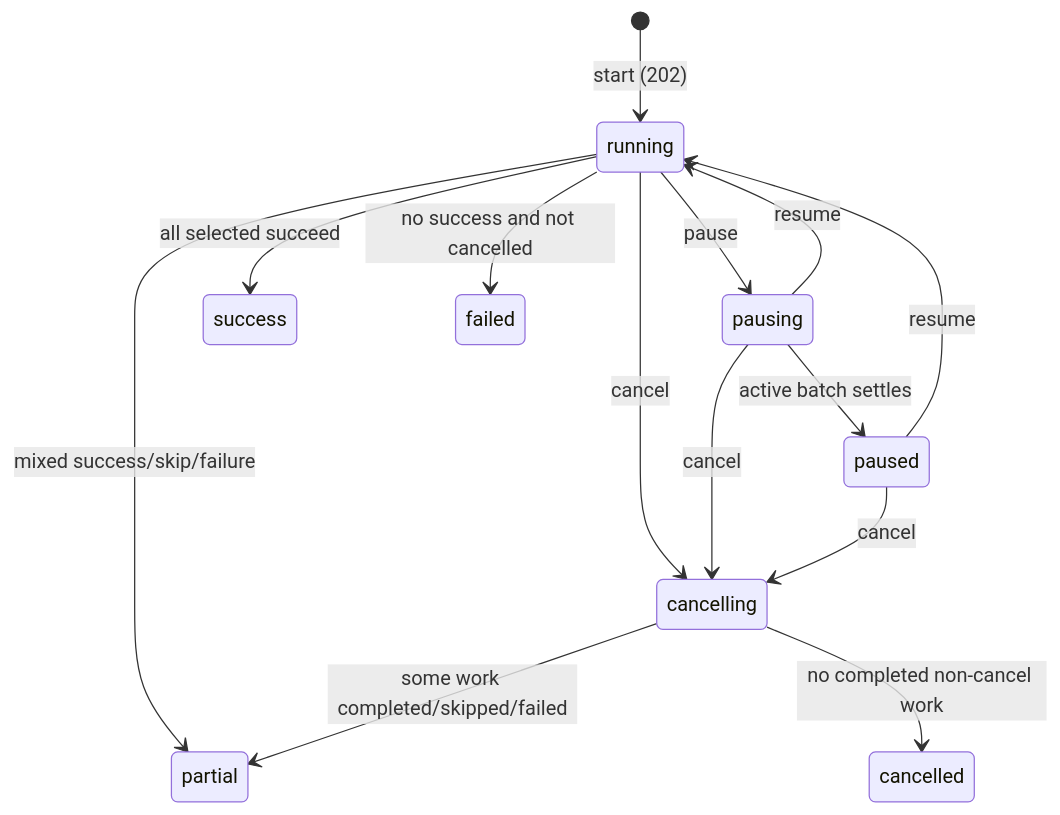
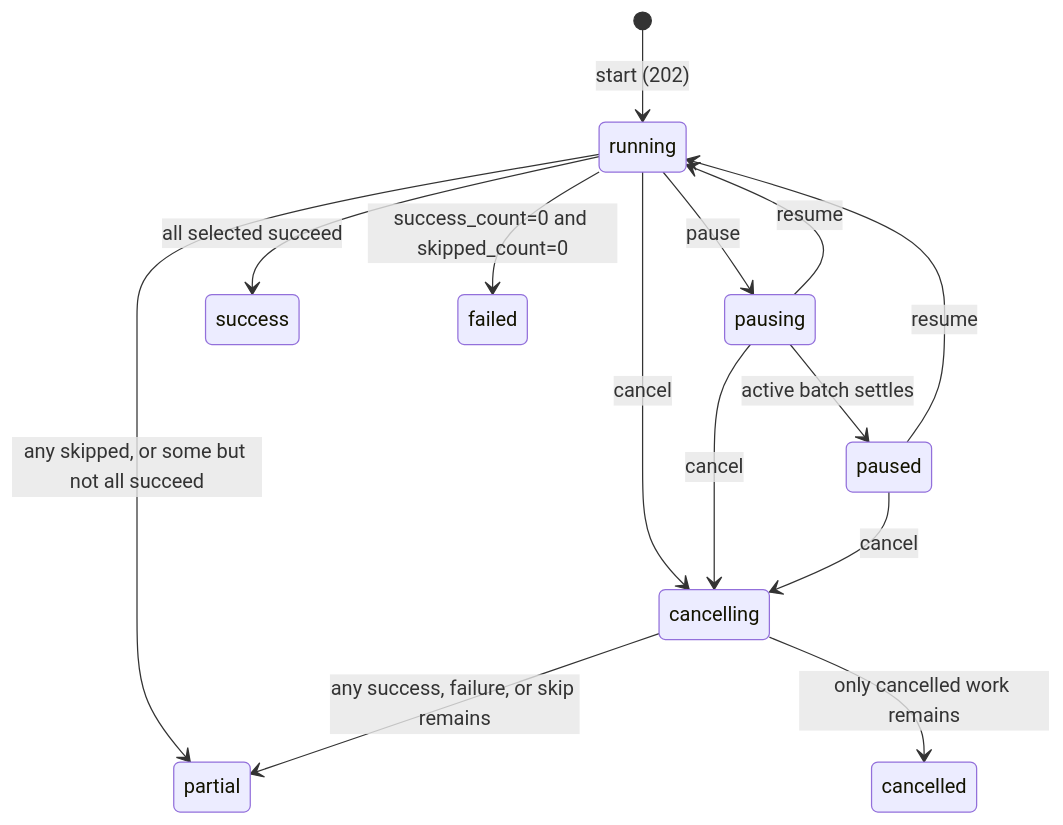
The fourth of 6 diagrams in API.md (lollinoo/theia), drawn with Mermaid before and after one commit. The commit also changed other lines of this file, not shown here.

````diff
--- a/API.md
+++ b/API.md
@@ -848,16 +892,16 @@
 ```mermaid
 stateDiagram-v2
     [*] --> running: start (202)
     running --> pausing: pause
     pausing --> paused: active batch settles
     pausing --> running: resume
     paused --> running: resume
     running --> cancelling: cancel
     pausing --> cancelling: cancel
     paused --> cancelling: cancel
     running --> success: all selected succeed
-    running --> partial: mixed success/skip/failure
-    running --> failed: no success and not cancelled
-    cancelling --> partial: some work completed/skipped/failed
-    cancelling --> cancelled: no completed non-cancel work
+    running --> partial: any skipped, or some but not all succeed
+    running --> failed: success_count=0 and skipped_count=0
+    cancelling --> partial: any success, failure, or skip remains
+    cancelling --> cancelled: only cancelled work remains
 ```
````
